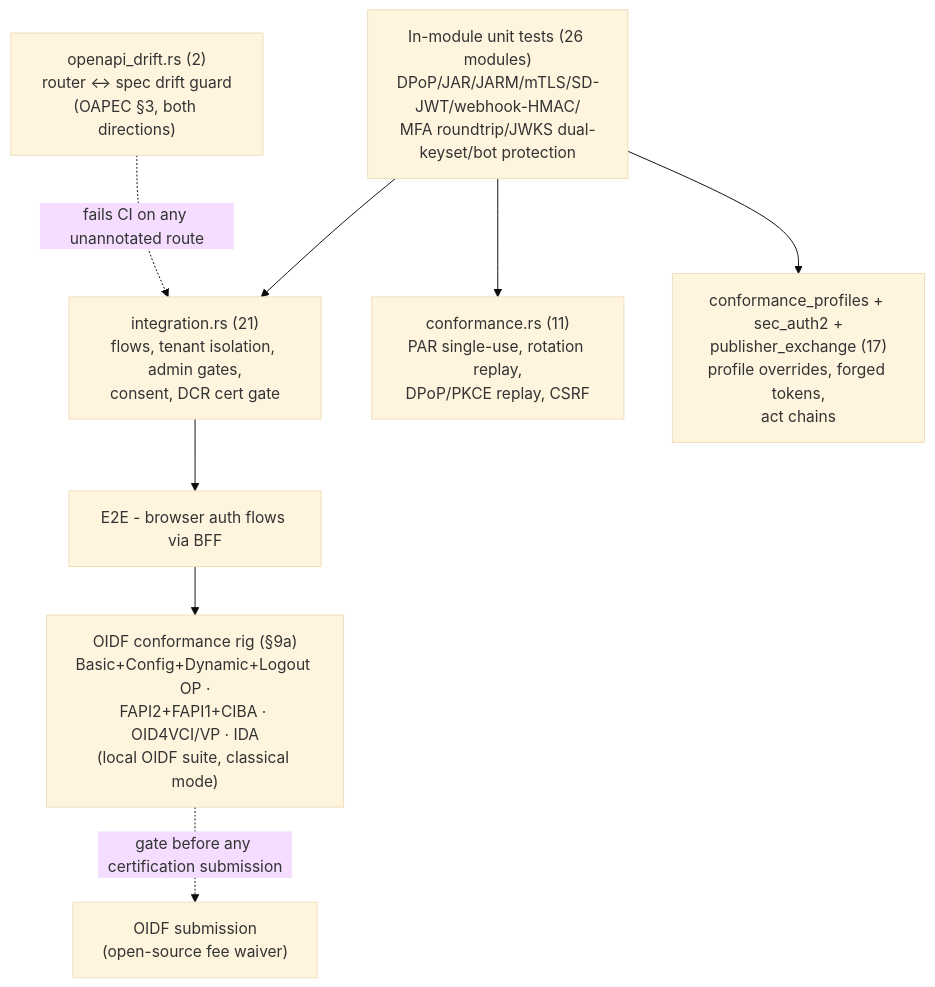
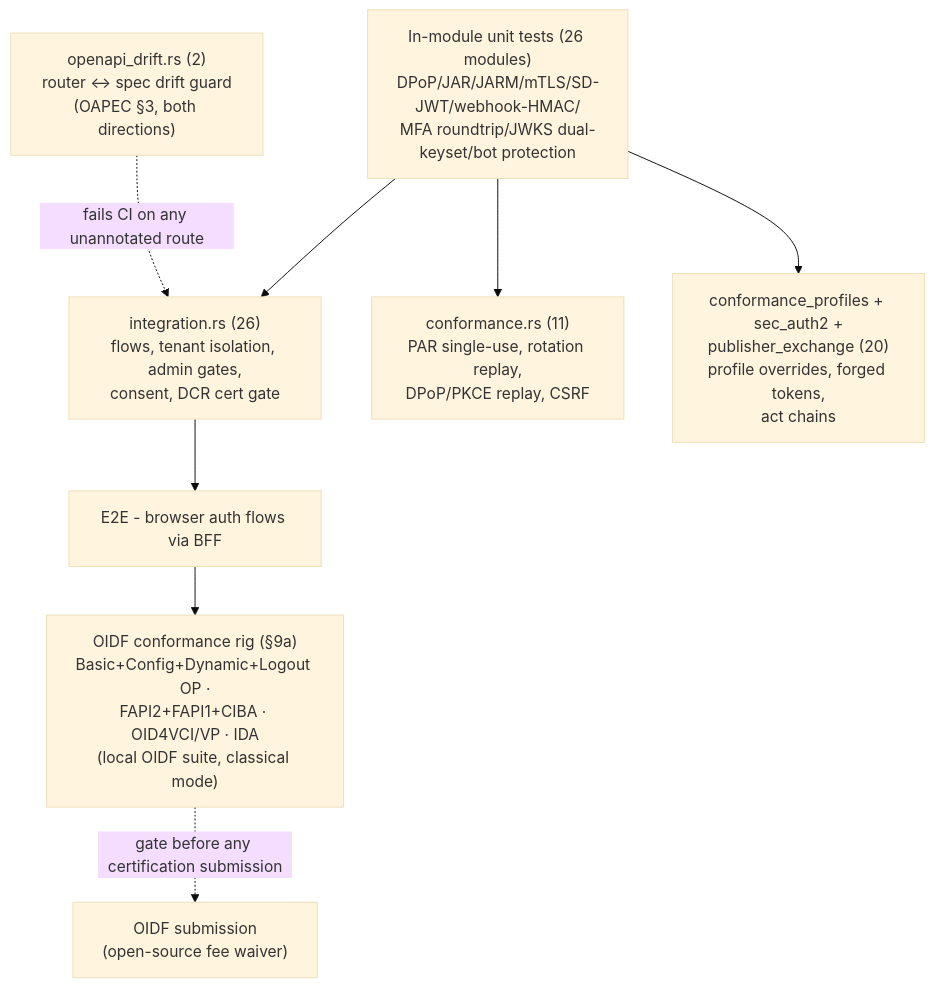
One commit to Sentin8/sentin8-auth changed diagram 12 of 15 in DESIGN.md. Above: the diagram before and after it, drawn with Mermaid (base theme). The commit also changed other lines of this file and 33 other files, not shown here.

````diff
--- a/DESIGN.md
+++ b/DESIGN.md
@@ -649,15 +616,15 @@
 ```mermaid
 graph TD
     U["In-module unit tests (26 modules)<br/>DPoP/JAR/JARM/mTLS/SD-JWT/webhook-HMAC/<br/>MFA roundtrip/JWKS dual-keyset/bot protection"]
-    I1["integration.rs (21)<br/>flows, tenant isolation, admin gates,<br/>consent, DCR cert gate"]
+    I1["integration.rs (26)<br/>flows, tenant isolation, admin gates,<br/>consent, DCR cert gate"]
     OG["openapi_drift.rs (2)<br/>router ↔ spec drift guard<br/>(OAPEC §3, both directions)"]
     I2["conformance.rs (11)<br/>PAR single-use, rotation replay,<br/>DPoP/PKCE replay, CSRF"]
-    I3["conformance_profiles + sec_auth2 +<br/>publisher_exchange (17)<br/>profile overrides, forged tokens,<br/>act chains"]
+    I3["conformance_profiles + sec_auth2 +<br/>publisher_exchange (20)<br/>profile overrides, forged tokens,<br/>act chains"]
     C["OIDF conformance rig (§9a)<br/>Basic+Config+Dynamic+Logout OP ·<br/>FAPI2+FAPI1+CIBA · OID4VCI/VP · IDA<br/>(local OIDF suite, classical mode)"]
     E["E2E - browser auth flows via BFF"]
     U --> I1 & I2 & I3
     OG -.fails CI on any unannotated route.-> I1
     I1 --> E
     E --> C
     C -.gate before any certification submission.-> SUB["OIDF submission<br/>(open-source fee waiver)"]
 ```
````
